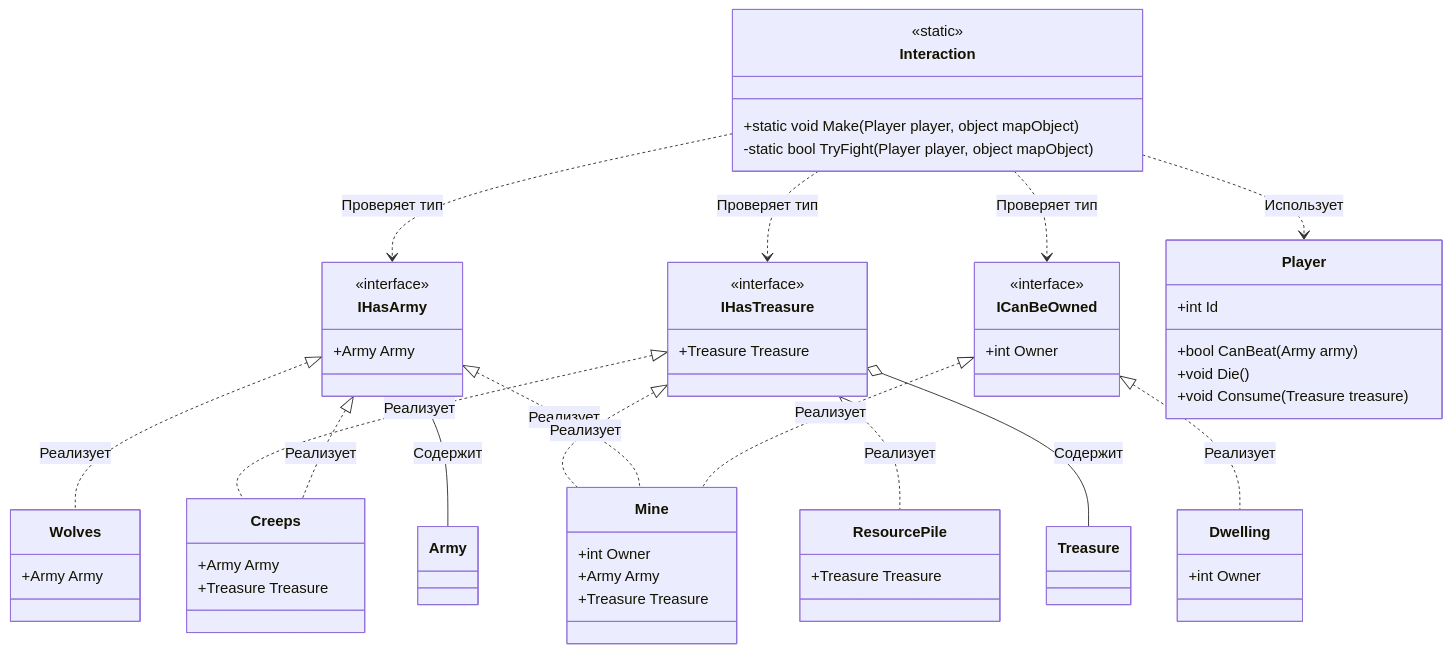
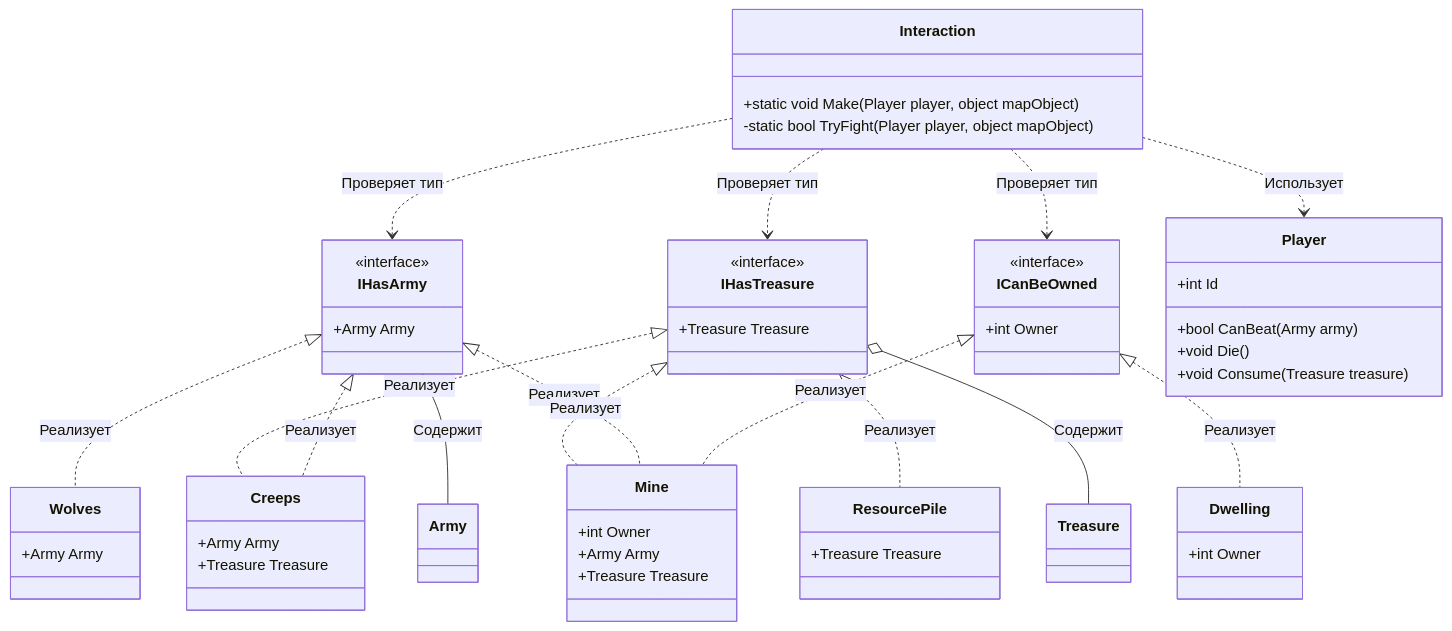
The diagram in homm.md (ram0k009/Practice), drawn with Mermaid before and after one commit.

````diff
--- a/homm.md
+++ b/homm.md
@@ -7,78 +7,77 @@
 ```mermaid
 classDiagram
     direction TB
 
     class IHasTreasure {
         <<interface>>
         +Treasure Treasure
     }
 
     class IHasArmy {
         <<interface>>
         +Army Army
     }
 
     class ICanBeOwned {
         <<interface>>
         +int Owner
     }
 
     class Dwelling {
         +int Owner
     }
 
     class Mine {
         +int Owner
         +Army Army
         +Treasure Treasure
     }
 
     class Creeps {
         +Army Army
         +Treasure Treasure
     }
 
     class Wolves {
         +Army Army
     }
 
     class ResourcePile {
         +Treasure Treasure
     }
 
     class Interaction {
-        <<static>>
         +static void Make(Player player, object mapObject)
         -static bool TryFight(Player player, object mapObject)
     }
 
     class Player {
         +bool CanBeat(Army army)
         +void Die()
         +void Consume(Treasure treasure)
         +int Id
     }
 
     class Army {
     }
 
     class Treasure {
     }
 
     ICanBeOwned <|.. Dwelling : Реализует
     ICanBeOwned <|.. Mine : Реализует
     IHasArmy <|.. Mine : Реализует
     IHasTreasure <|.. Mine : Реализует
     IHasArmy <|.. Creeps : Реализует
     IHasTreasure <|.. Creeps : Реализует
     IHasArmy <|.. Wolves : Реализует
     IHasTreasure <|.. ResourcePile : Реализует
 
     Interaction ..> Player : Использует
     Interaction ..> IHasArmy : Проверяет тип
     Interaction ..> IHasTreasure : Проверяет тип
     Interaction ..> ICanBeOwned : Проверяет тип
 
     IHasArmy o-- Army : Содержит
     IHasTreasure o-- Treasure : Содержит
 ```
````
